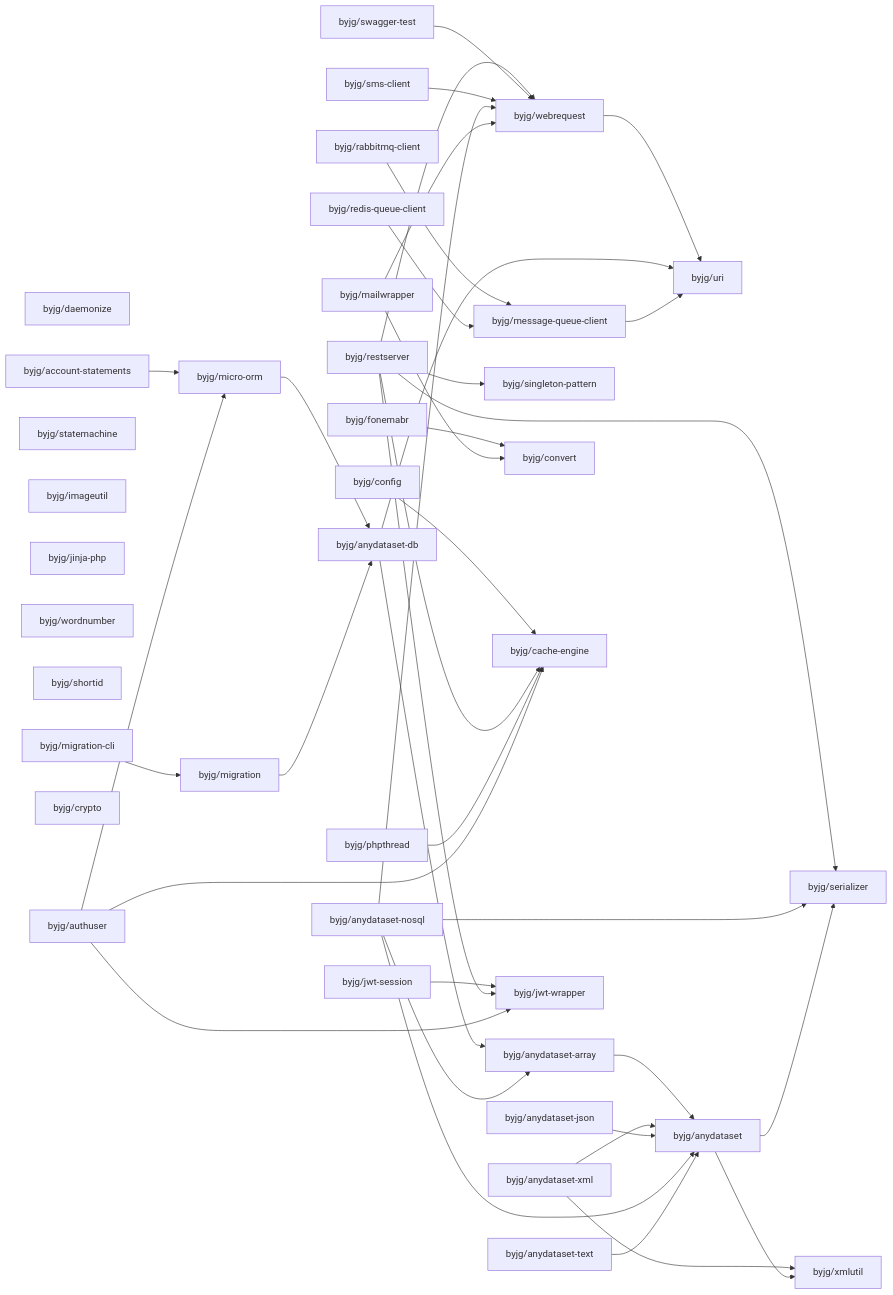
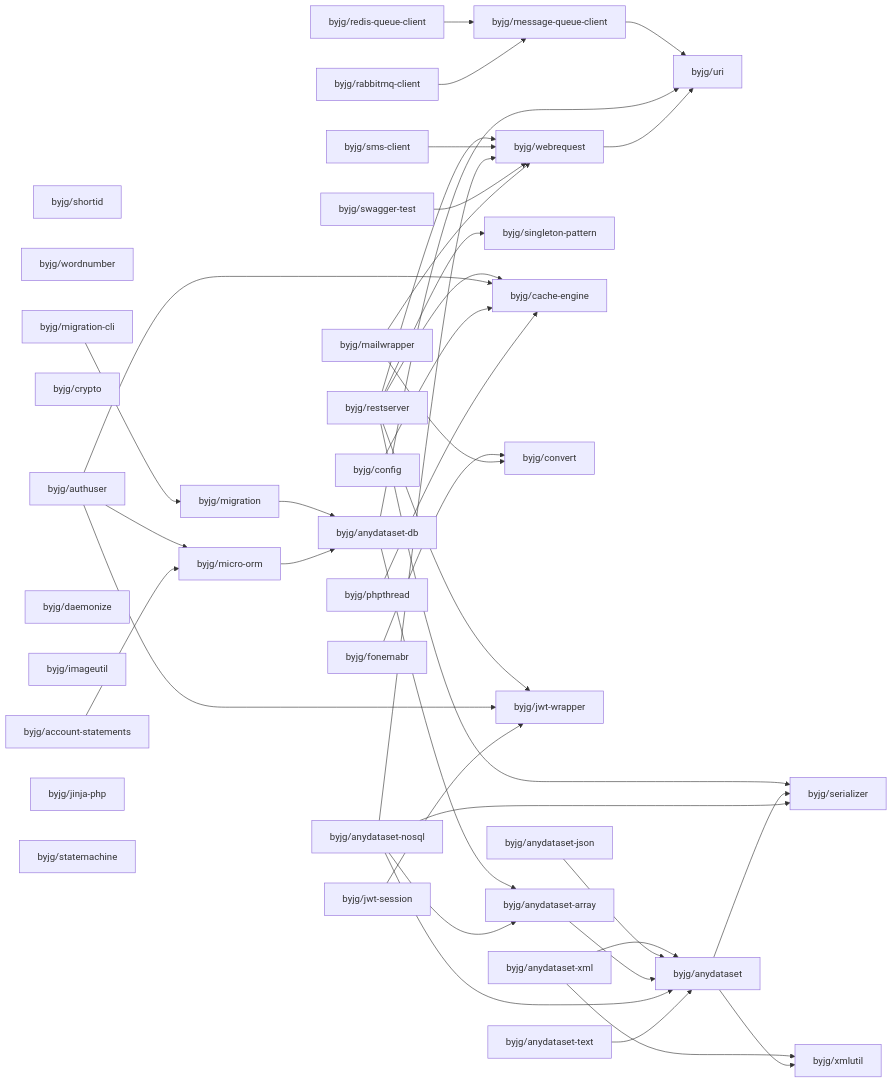
Before and after one commit to byjg/byjg.github.io: the diagram in docs/php/README.md, drawn with Mermaid. The commit also changed other lines of this file, not shown here.

Commit message:
Update documentation 'php' 'php-migration'

````diff
--- a/docs/php/README.md
+++ b/docs/php/README.md
@@ -3,78 +3,78 @@
 ```mermaid
 graph LR;
+  byjg/swagger-test;
+  byjg/restserver;
+  byjg/anydataset-xml;
+  byjg/config;
+  byjg/shortid;
+  byjg/wordnumber;
+  byjg/account-statements;
+  byjg/mailwrapper;
+  byjg/redis-queue-client;
+  byjg/phpthread;
+  byjg/anydataset-json;
+  byjg/crypto;
+  byjg/authuser;
   byjg/daemonize;
-  byjg/anydataset-nosql;
-  byjg/authuser;
-  byjg/rabbitmq-client;
-  byjg/config;
-  byjg/mailwrapper;
-  byjg/statemachine;
-  byjg/restserver;
+  byjg/imageutil;
   byjg/anydataset-text;
-  byjg/imageutil;
-  byjg/jinja-php;
-  byjg/anydataset-xml;
-  byjg/swagger-test;
+  byjg/fonemabr;
   byjg/sms-client;
-  byjg/wordnumber;
-  byjg/fonemabr;
-  byjg/phpthread;
-  byjg/redis-queue-client;
-  byjg/shortid;
-  byjg/account-statements;
-  byjg/crypto;
   byjg/jwt-session;
   byjg/migration-cli;
-  byjg/anydataset-json;
+  byjg/anydataset-nosql;
+  byjg/jinja-php;
+  byjg/statemachine;
+  byjg/rabbitmq-client;
   byjg/singleton-pattern;
-  byjg/webrequest;
+  byjg/micro-orm;
+  byjg/cache-engine;
   byjg/convert;
-  byjg/cache-engine;
-  byjg/message-queue-client;
-  byjg/micro-orm;
   byjg/jwt-wrapper;
   byjg/migration;
+  byjg/webrequest;
+  byjg/message-queue-client;
   byjg/anydataset-db;
   byjg/anydataset-array;
   byjg/uri;
   byjg/anydataset;
   byjg/serializer;
   byjg/xmlutil;
-  byjg/config --> byjg/cache-engine;
-  byjg/jwt-session --> byjg/jwt-wrapper;
+  byjg/redis-queue-client --> byjg/message-queue-client;
+  byjg/anydataset-xml --> byjg/anydataset;
+  byjg/anydataset-xml --> byjg/xmlutil;
+  byjg/rabbitmq-client --> byjg/message-queue-client;
   byjg/restserver --> byjg/serializer;
   byjg/restserver --> byjg/singleton-pattern;
   byjg/restserver --> byjg/cache-engine;
   byjg/restserver --> byjg/webrequest;
   byjg/restserver --> byjg/jwt-wrapper;
+  byjg/anydataset-json --> byjg/anydataset;
+  byjg/anydataset-array --> byjg/anydataset;
+  byjg/migration --> byjg/anydataset-db;
+  byjg/sms-client --> byjg/webrequest;
+  byjg/authuser --> byjg/micro-orm;
+  byjg/authuser --> byjg/cache-engine;
+  byjg/authuser --> byjg/jwt-wrapper;
+  byjg/config --> byjg/cache-engine;
+  byjg/account-statements --> byjg/micro-orm;
+  byjg/jwt-session --> byjg/jwt-wrapper;
+  byjg/message-queue-client --> byjg/uri;
+  byjg/anydataset --> byjg/serializer;
+  byjg/anydataset --> byjg/xmlutil;
   byjg/micro-orm --> byjg/anydataset-db;
-  byjg/swagger-test --> byjg/webrequest;
-  byjg/anydataset-array --> byjg/anydataset;
-  byjg/sms-client --> byjg/webrequest;
-  byjg/anydataset-xml --> byjg/anydataset;
-  byjg/anydataset-xml --> byjg/xmlutil;
-  byjg/account-statements --> byjg/micro-orm;
-  byjg/migration-cli --> byjg/migration;
-  byjg/webrequest --> byjg/uri;
-  byjg/anydataset-json --> byjg/anydataset;
+  byjg/phpthread --> byjg/cache-engine;
   byjg/anydataset-db --> byjg/anydataset-array;
   byjg/anydataset-db --> byjg/uri;
-  byjg/phpthread --> byjg/cache-engine;
-  byjg/fonemabr --> byjg/convert;
+  byjg/webrequest --> byjg/uri;
   byjg/anydataset-nosql --> byjg/anydataset;
   byjg/anydataset-nosql --> byjg/anydataset-array;
   byjg/anydataset-nosql --> byjg/serializer;
   byjg/anydataset-nosql --> byjg/webrequest;
-  byjg/anydataset --> byjg/serializer;
-  byjg/anydataset --> byjg/xmlutil;
-  byjg/message-queue-client --> byjg/uri;
-  byjg/rabbitmq-client --> byjg/message-queue-client;
+  byjg/fonemabr --> byjg/convert;
+  byjg/swagger-test --> byjg/webrequest;
+  byjg/migration-cli --> byjg/migration;
   byjg/mailwrapper --> byjg/convert;
   byjg/mailwrapper --> byjg/webrequest;
-  byjg/migration --> byjg/anydataset-db;
   byjg/anydataset-text --> byjg/anydataset;
-  byjg/authuser --> byjg/micro-orm;
-  byjg/authuser --> byjg/cache-engine;
-  byjg/authuser --> byjg/jwt-wrapper;
-  byjg/redis-queue-client --> byjg/message-queue-client;
 ```
````
